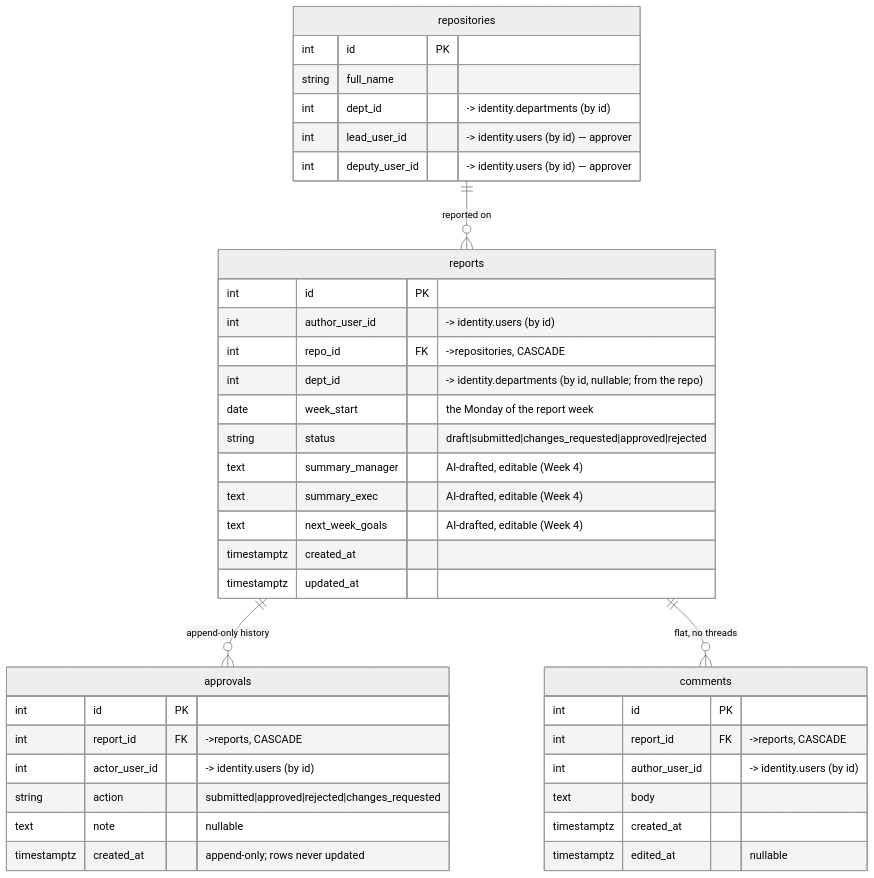
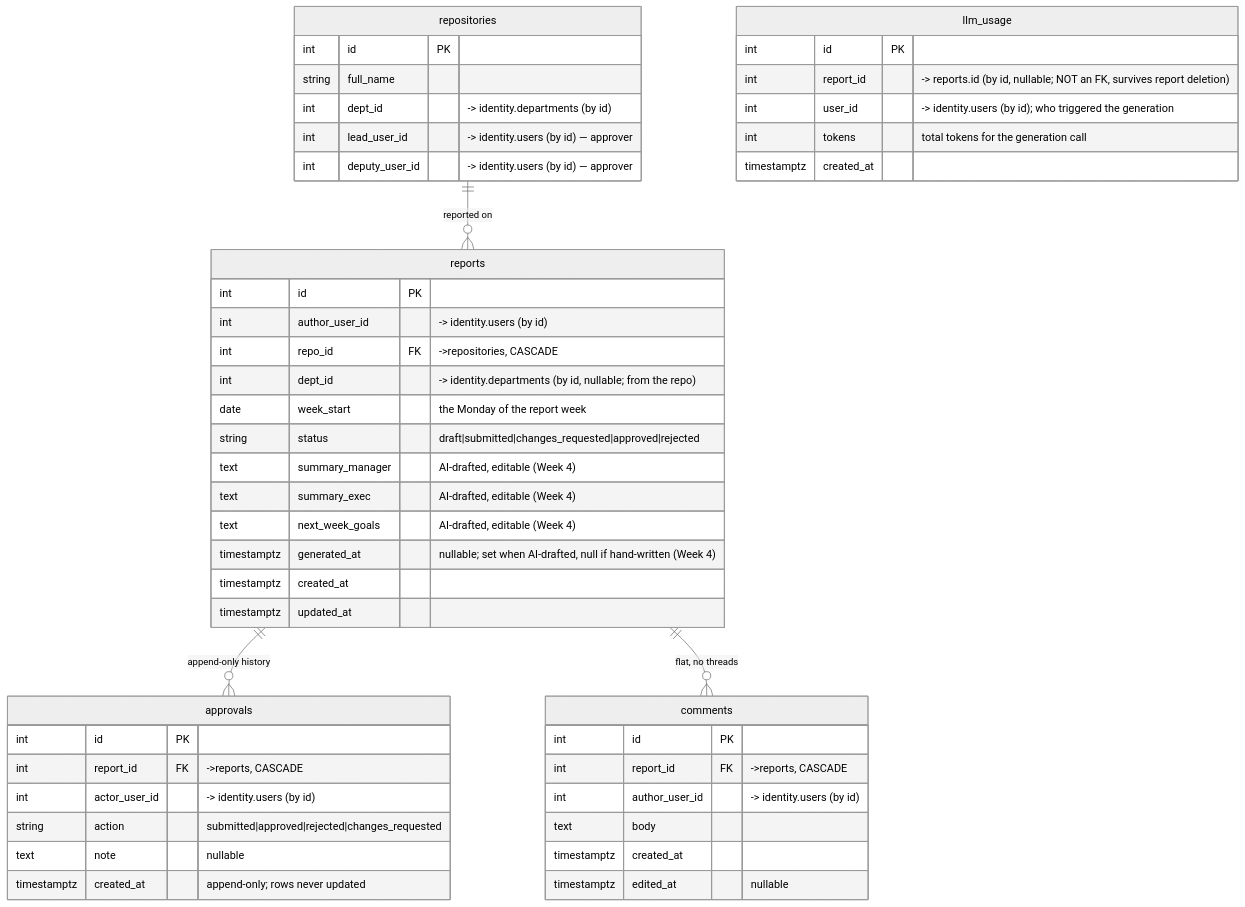
Before and after one commit to Ojulari123/CC-Platforms: the third of 3 diagrams in docs/erd.md, drawn with Mermaid (neutral theme). The commit also changed other lines of this file and 30 other files, not shown here.

````diff
--- a/docs/erd.md
+++ b/docs/erd.md
@@ -226,43 +228,51 @@
 ```mermaid
 erDiagram
     repositories ||--o{ reports : "reported on"
     reports ||--o{ approvals : "append-only history"
     reports ||--o{ comments : "flat, no threads"
 
     repositories {
         int id PK
         string full_name
         int dept_id "-> identity.departments (by id)"
         int lead_user_id "-> identity.users (by id) — approver"
         int deputy_user_id "-> identity.users (by id) — approver"
     }
     reports {
         int id PK
         int author_user_id "-> identity.users (by id)"
         int repo_id FK "->repositories, CASCADE"
         int dept_id "-> identity.departments (by id, nullable; from the repo)"
         date week_start "the Monday of the report week"
         string status "draft|submitted|changes_requested|approved|rejected"
         text summary_manager "AI-drafted, editable (Week 4)"
         text summary_exec "AI-drafted, editable (Week 4)"
         text next_week_goals "AI-drafted, editable (Week 4)"
+        timestamptz generated_at "nullable; set when AI-drafted, null if hand-written (Week 4)"
         timestamptz created_at
         timestamptz updated_at
+    }
+    llm_usage {
+        int id PK
+        int report_id "-> reports.id (by id, nullable; NOT an FK, survives report deletion)"
+        int user_id "-> identity.users (by id); who triggered the generation"
+        int tokens "total tokens for the generation call"
+        timestamptz created_at
     }
     approvals {
         int id PK
         int report_id FK "->reports, CASCADE"
         int actor_user_id "-> identity.users (by id)"
         string action "submitted|approved|rejected|changes_requested"
         text note "nullable"
         timestamptz created_at "append-only; rows never updated"
     }
     comments {
         int id PK
         int report_id FK "->reports, CASCADE"
         int author_user_id "-> identity.users (by id)"
         text body
         timestamptz created_at
         timestamptz edited_at "nullable"
     }
 ```
````
